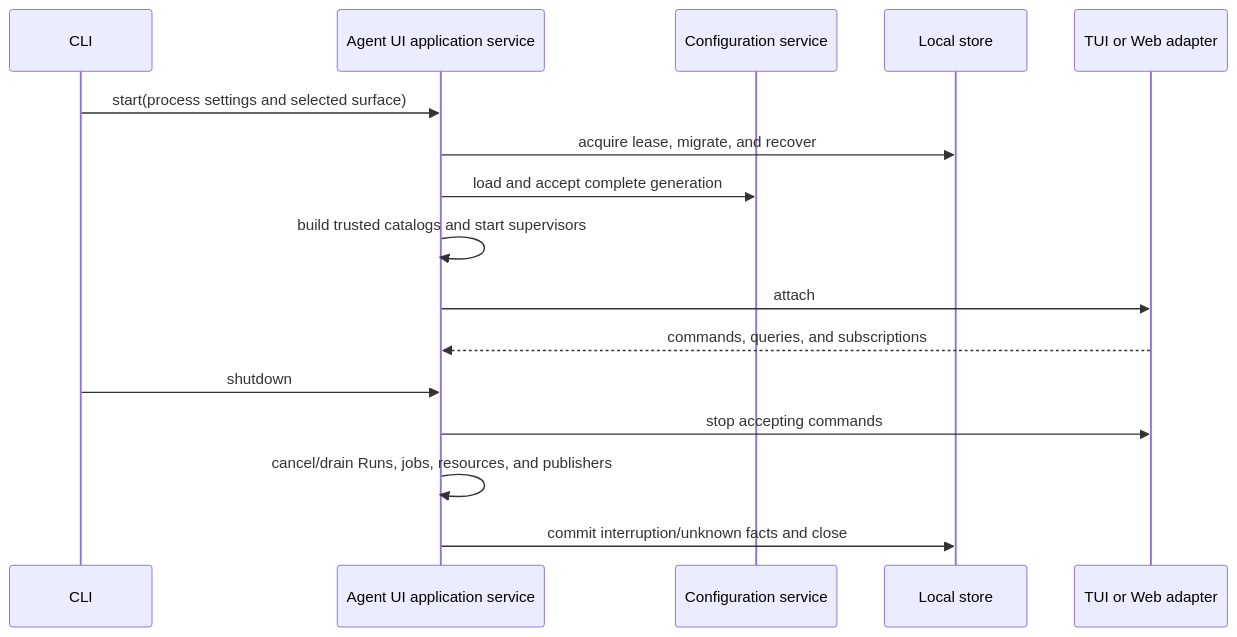
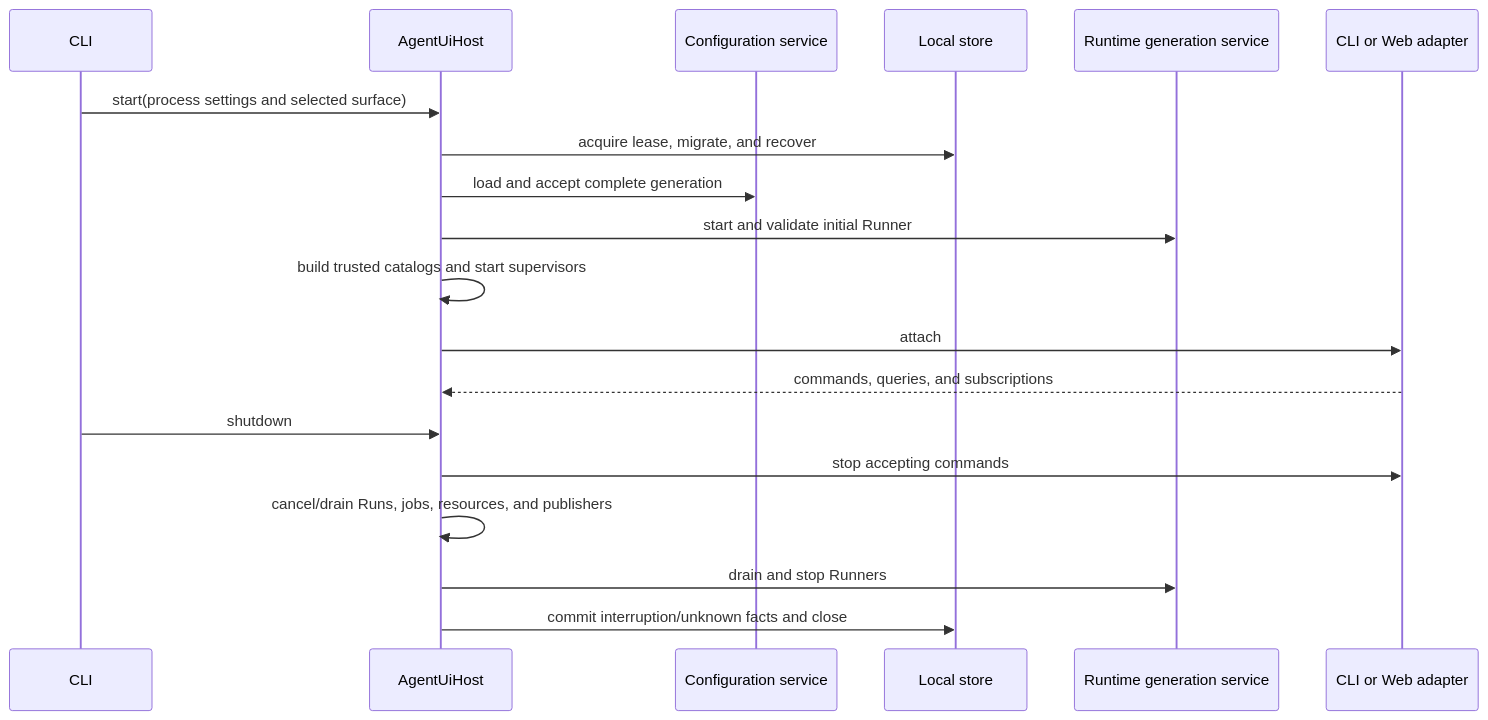
One commit to LTThreeComma/agent-foundation changed the first of 7 diagrams in spec/agent-ui/05-runtime-subagents-and-surfaces.md. Above: the diagram before and after it, drawn with Mermaid. The commit also changed other lines of this file and 67 other files, not shown here.

Commit message:
feat(agent-ui): add runtime generation supervision (#45)

````diff
--- a/spec/agent-ui/05-runtime-subagents-and-surfaces.md
+++ b/spec/agent-ui/05-runtime-subagents-and-surfaces.md
@@ -67,19 +72,22 @@
 ```mermaid
 sequenceDiagram
     participant CLI
-    participant App as Agent UI application service
+    participant Host as AgentUiHost
     participant Config as Configuration service
     participant Store as Local store
-    participant Surface as TUI or Web adapter
+    participant Runtime as Runtime generation service
+    participant Surface as CLI or Web adapter
 
-    CLI->>App: start(process settings and selected surface)
-    App->>Store: acquire lease, migrate, and recover
-    App->>Config: load and accept complete generation
-    App->>App: build trusted catalogs and start supervisors
-    App->>Surface: attach
-    Surface-->>App: commands, queries, and subscriptions
-    CLI->>App: shutdown
-    App->>Surface: stop accepting commands
-    App->>App: cancel/drain Runs, jobs, resources, and publishers
-    App->>Store: commit interruption/unknown facts and close
+    CLI->>Host: start(process settings and selected surface)
+    Host->>Store: acquire lease, migrate, and recover
+    Host->>Config: load and accept complete generation
+    Host->>Runtime: start and validate initial Runner
+    Host->>Host: build trusted catalogs and start supervisors
+    Host->>Surface: attach
+    Surface-->>Host: commands, queries, and subscriptions
+    CLI->>Host: shutdown
+    Host->>Surface: stop accepting commands
+    Host->>Host: cancel/drain Runs, jobs, resources, and publishers
+    Host->>Runtime: drain and stop Runners
+    Host->>Store: commit interruption/unknown facts and close
 ```
````
